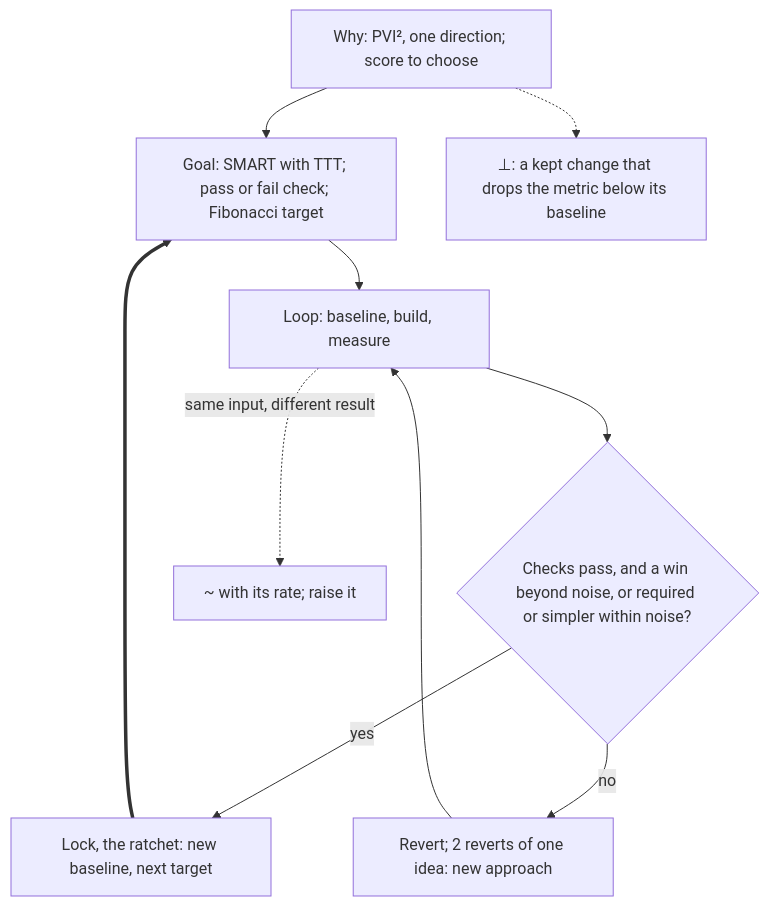
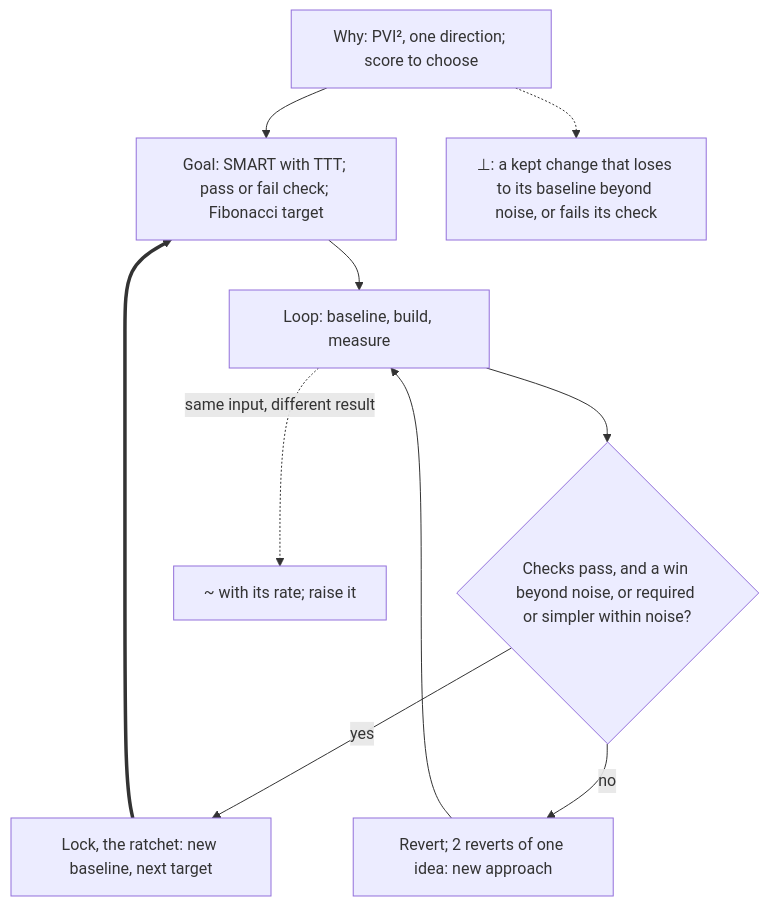
The seventh of 14 diagrams in AGENTS.md (SolenixAI/arbiter), drawn with Mermaid before and after one commit. The commit also changed other lines of this file, not shown here.

````diff
--- a/AGENTS.md
+++ b/AGENTS.md
@@ -349,11 +349,11 @@
 ```mermaid
 flowchart TD
   W["Why: PVI², one direction; score to choose"] --> G["Goal: SMART with TTT; pass or fail check; Fibonacci target"]
   G --> B["Loop: baseline, build, measure"]
   B --> K{"Checks pass, and a win beyond noise, or required or simpler within noise?"}
   K -->|yes| L["Lock, the ratchet: new baseline, next target"]
   L ==> G
   K -->|no| R["Revert; 2 reverts of one idea: new approach"] --> B
   B -.->|same input, different result| Z["~ with its rate; raise it"]
-  W -.-> BOT["⊥: a kept change that drops the metric below its baseline"]
+  W -.-> BOT["⊥: a kept change that loses to its baseline beyond noise, or fails its check"]
 ```
````
